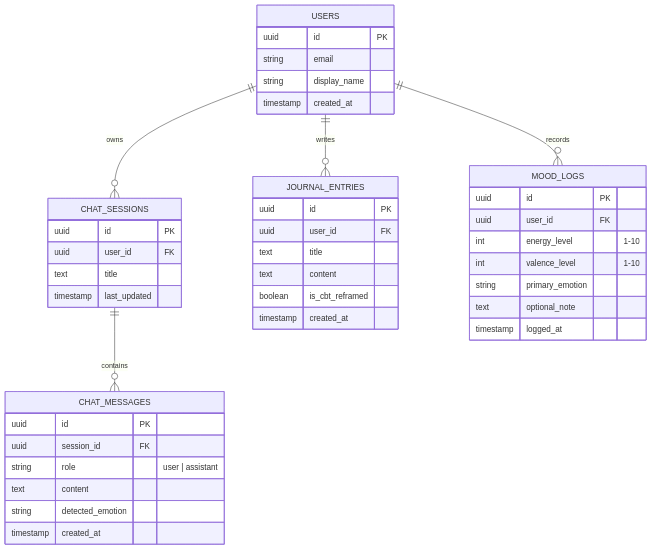
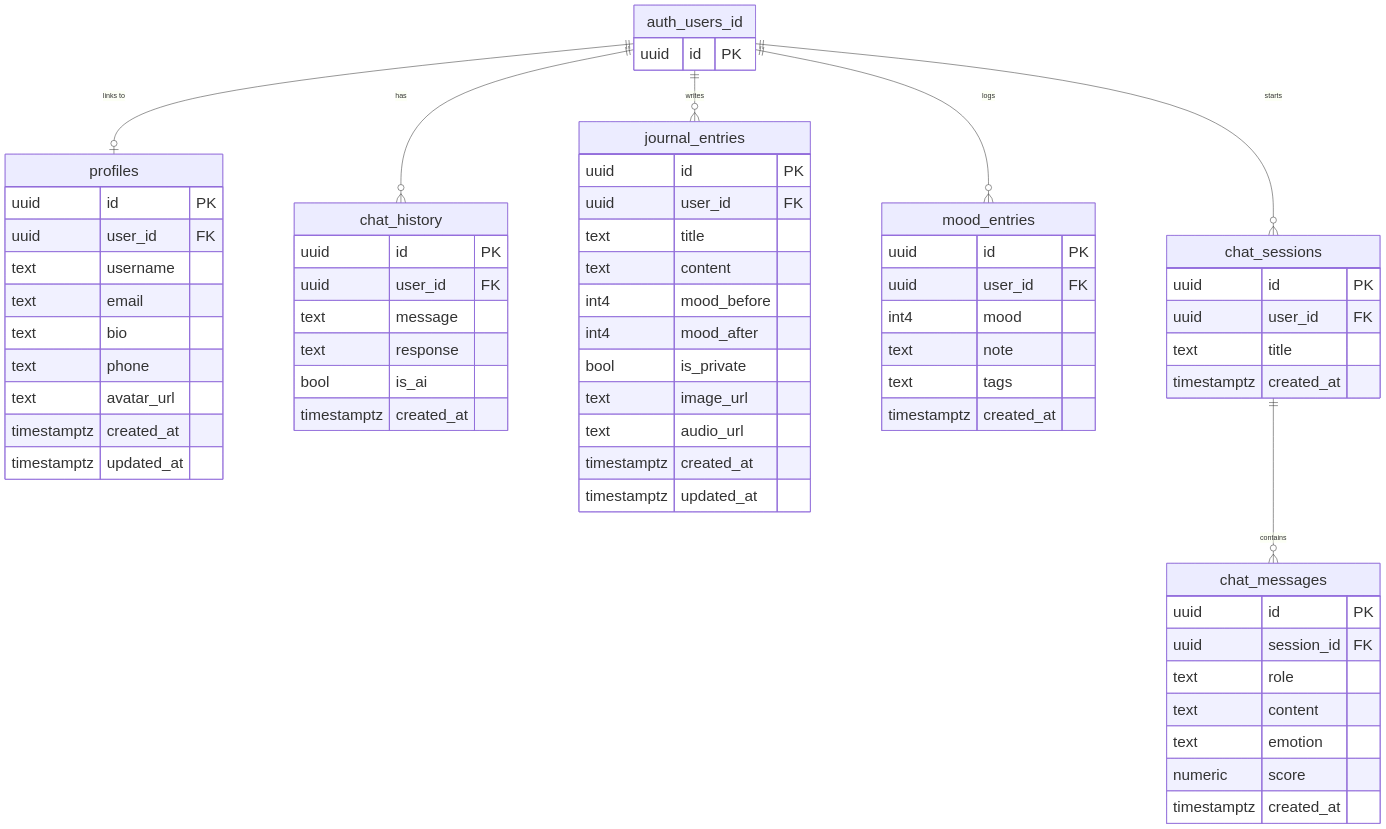
Before and after one commit to Bhargav-Kiku/Lumea-v0.3: the sixth of 6 diagrams in ARCHITECTURE.md, drawn with Mermaid. The commit also changed other lines of this file, not shown here.

Commit message:
Diagram updates

````diff
--- a/ARCHITECTURE.md
+++ b/ARCHITECTURE.md
@@ -193,50 +362,81 @@
 ```mermaid
+---
+config:
+  layout: dagre
+---
+%%{init: {'themeVariables': { 'fontSize': '30px' }}}%%
+
 erDiagram
-    USERS ||--o{ CHAT_SESSIONS : owns
-    USERS ||--o{ JOURNAL_ENTRIES : writes
-    USERS ||--o{ MOOD_LOGS : records
-    
-    USERS {
-        uuid id PK
-        string email
-        string display_name
-        timestamp created_at
-    }
-    
-    CHAT_SESSIONS {
-        uuid id PK
-        uuid user_id FK
-        text title
-        timestamp last_updated
-    }
-    
-    CHAT_MESSAGES {
-        uuid id PK
-        uuid session_id FK
-        string role "user | assistant"
-        text content
-        string detected_emotion
-        timestamp created_at
-    }
-    
-    CHAT_SESSIONS ||--o{ CHAT_MESSAGES : contains
-    
-    JOURNAL_ENTRIES {
-        uuid id PK
-        uuid user_id FK
-        text title
-        text content
-        boolean is_cbt_reframed
-        timestamp created_at
-    }
-    
-    MOOD_LOGS {
-        uuid id PK
-        uuid user_id FK
-        int energy_level "1-10"
-        int valence_level "1-10"
-        string primary_emotion
-        text optional_note
-        timestamp logged_at
-    }
+	direction TB
+	auth_users_id {
+		uuid id PK ""  
+	}
+
+	profiles {
+		uuid id PK ""  
+		uuid user_id FK ""  
+		text username  ""  
+		text email  ""  
+		text bio  ""  
+		text phone  ""  
+		text avatar_url  ""  
+		timestamptz created_at  ""  
+		timestamptz updated_at  ""  
+	}
+
+	chat_messages {
+		uuid id PK ""  
+		uuid session_id FK ""  
+		text role  ""  
+		text content  ""  
+		text emotion  ""  
+		numeric score  ""  
+		timestamptz created_at  ""  
+	}
+
+	chat_history {
+		uuid id PK ""  
+		uuid user_id FK ""  
+		text message  ""  
+		text response  ""  
+		bool is_ai  ""  
+		timestamptz created_at  ""  
+	}
+
+	journal_entries {
+		uuid id PK ""  
+		uuid user_id FK ""  
+		text title  ""  
+		text content  ""  
+		int4 mood_before  ""  
+		int4 mood_after  ""  
+		bool is_private  ""  
+		text image_url  ""  
+		text audio_url  ""  
+		timestamptz created_at  ""  
+		timestamptz updated_at  ""  
+	}
+
+	mood_entries {
+		uuid id PK ""  
+		uuid user_id FK ""  
+		int4 mood  ""  
+		text note  ""  
+		text tags  ""  
+		timestamptz created_at  ""  
+	}
+
+	chat_sessions {
+		uuid id PK ""  
+		uuid user_id FK ""  
+		text title  ""  
+		timestamptz created_at  ""  
+	}
+
+	auth_users_id||--o|profiles:"links to"
+	auth_users_id||--o{chat_sessions:"starts"
+	auth_users_id||--o{chat_history:"has"
+	auth_users_id||--o{journal_entries:"writes"
+	auth_users_id||--o{mood_entries:"logs"
+	chat_sessions||--o{chat_messages:"contains"
 ```
````
